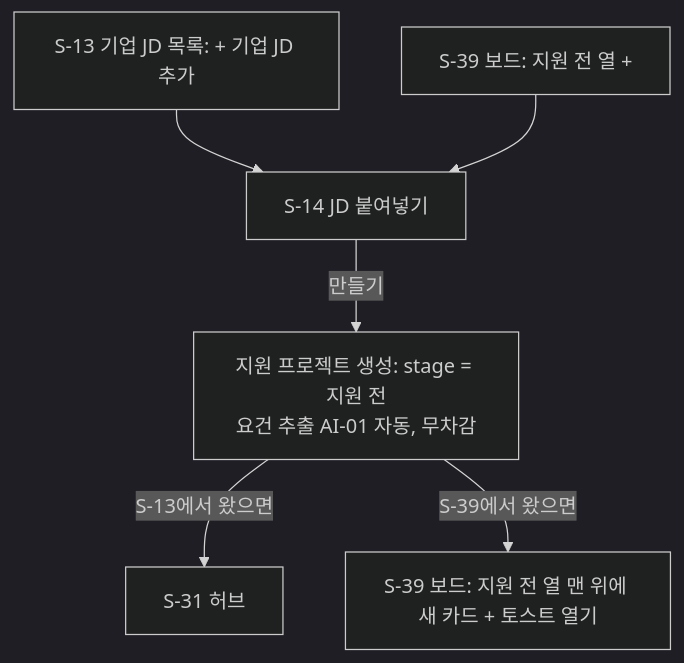
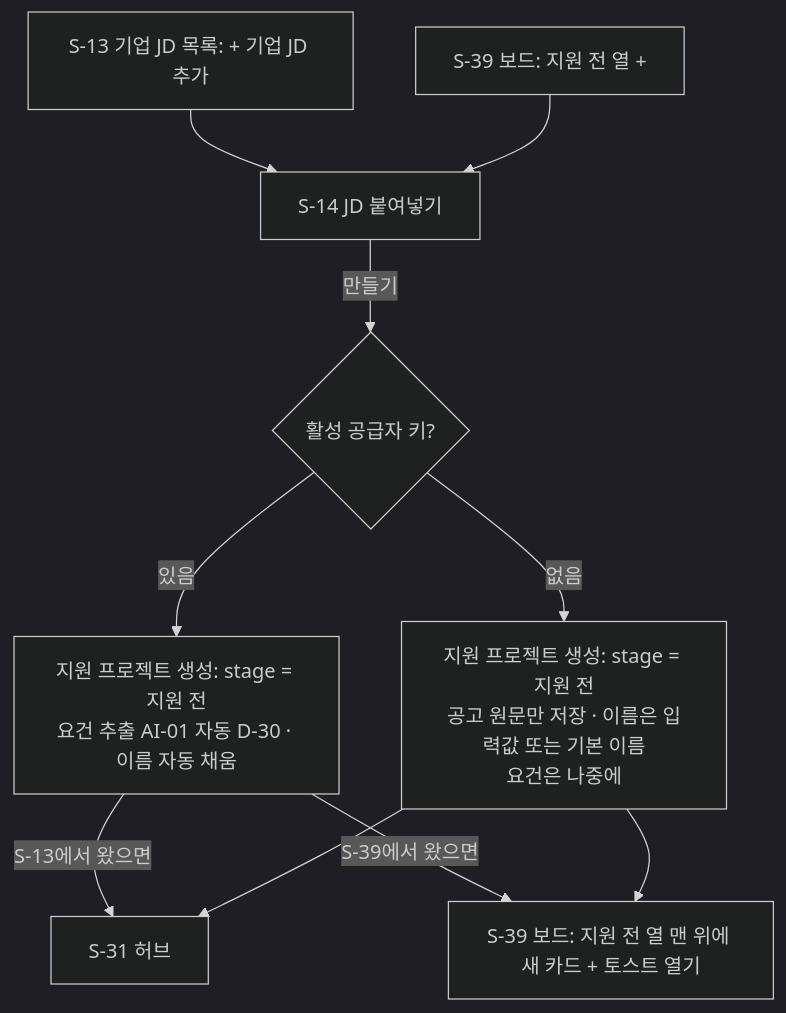
Before and after one commit to j-hyunn/resumate: the fifth of 19 diagrams in _workspace/02_ux-planner_flows.md, drawn with Mermaid (dark theme). The commit also changed other lines of this file and 11 other files, not shown here.

````diff
--- a/_workspace/02_ux-planner_flows.md
+++ b/_workspace/02_ux-planner_flows.md
@@ -283,8 +305,12 @@
 ```mermaid
 flowchart TD
   A[S-13 기업 JD 목록: + 기업 JD 추가] --> B[S-14 JD 붙여넣기]
   A2[S-39 보드: 지원 전 열 +] --> B
-  B -->|만들기| C[지원 프로젝트 생성: stage = 지원 전<br/>요건 추출 AI-01 자동, 무차감]
+  B -->|만들기| K{활성 공급자 키?}
+  K -->|있음| C[지원 프로젝트 생성: stage = 지원 전<br/>요건 추출 AI-01 자동 D-30 · 이름 자동 채움]
+  K -->|없음| C0[지원 프로젝트 생성: stage = 지원 전<br/>공고 원문만 저장 · 이름은 입력값 또는 기본 이름<br/>요건은 나중에]
   C -->|S-13에서 왔으면| D[S-31 허브]
   C -->|S-39에서 왔으면| E[S-39 보드: 지원 전 열 맨 위에 새 카드 + 토스트 열기]
+  C0 --> D
+  C0 --> E
 ```
````
